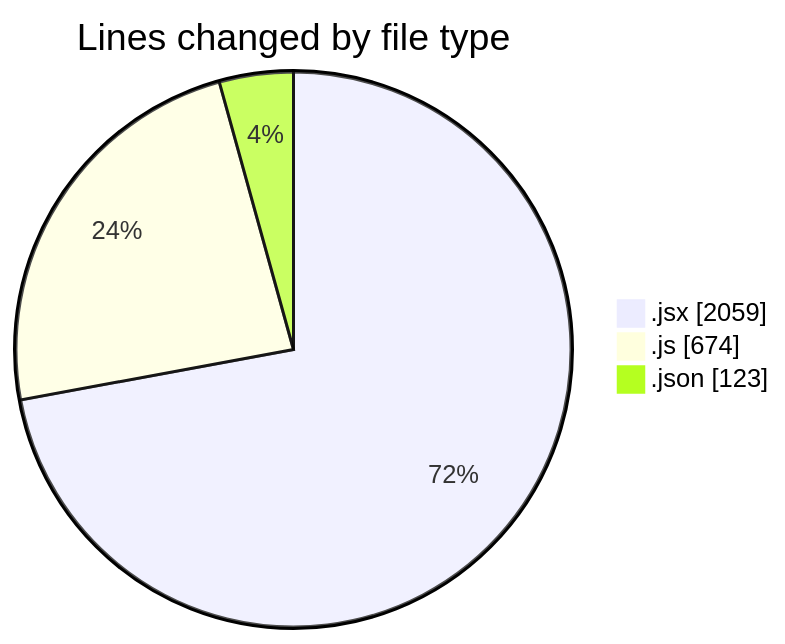
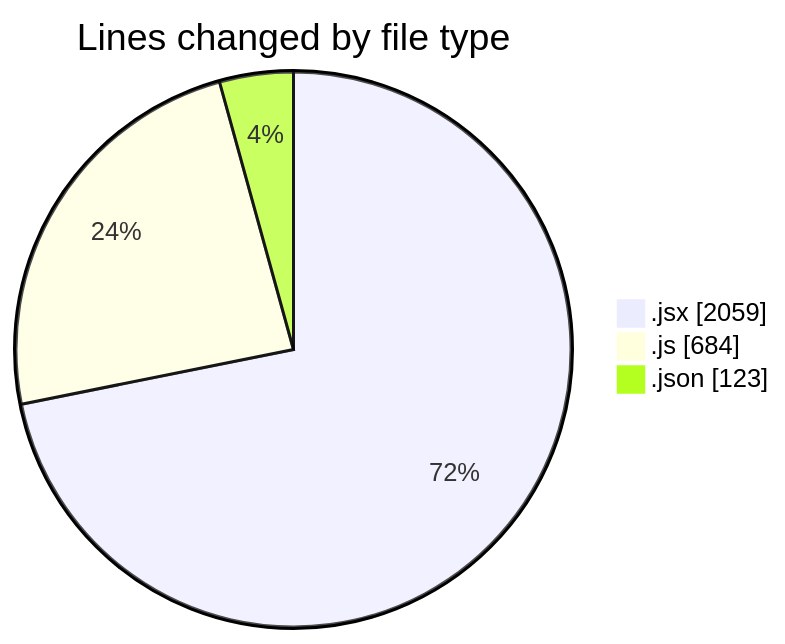
One commit to nxtqubesakshisongat/code-tracking changed the first of 2 diagrams in 2025-12-28/nxtqube_webapp/README.md. Above: the diagram before and after it, drawn with Mermaid. The commit also changed other lines of this file and 1 other file, not shown here.

````diff
--- a/2025-12-28/nxtqube_webapp/README.md
+++ b/2025-12-28/nxtqube_webapp/README.md
@@ -24,7 +24,7 @@
 ```mermaid
 pie showData
 title Lines changed by file type
 ".jsx" : 2059
-".js" : 674
+".js" : 684
 ".json" : 123
 ```
````
